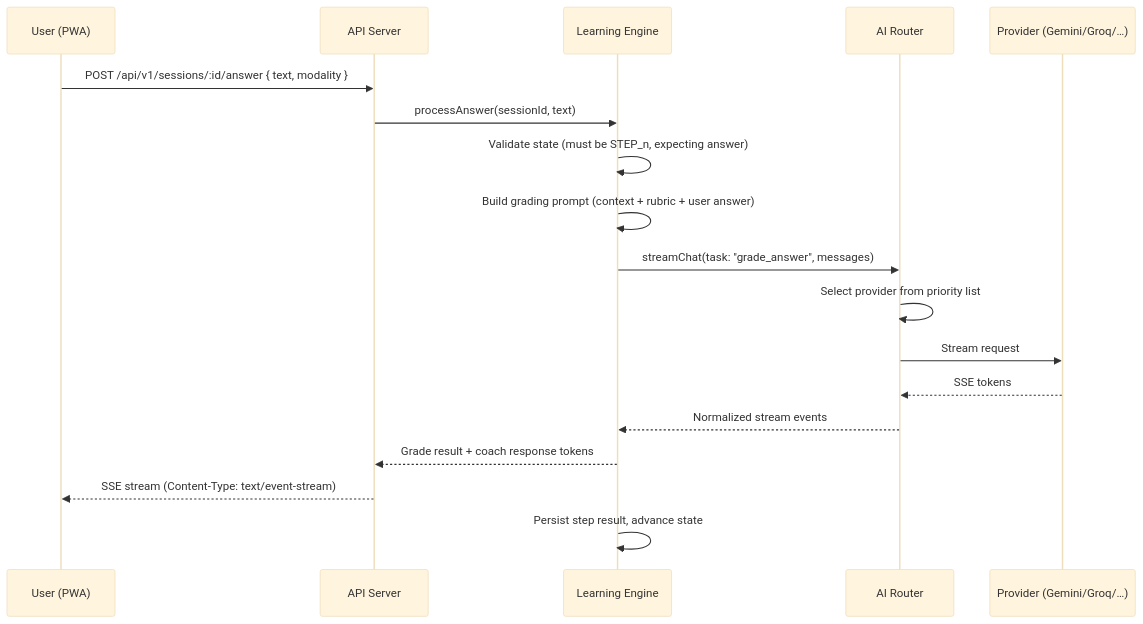
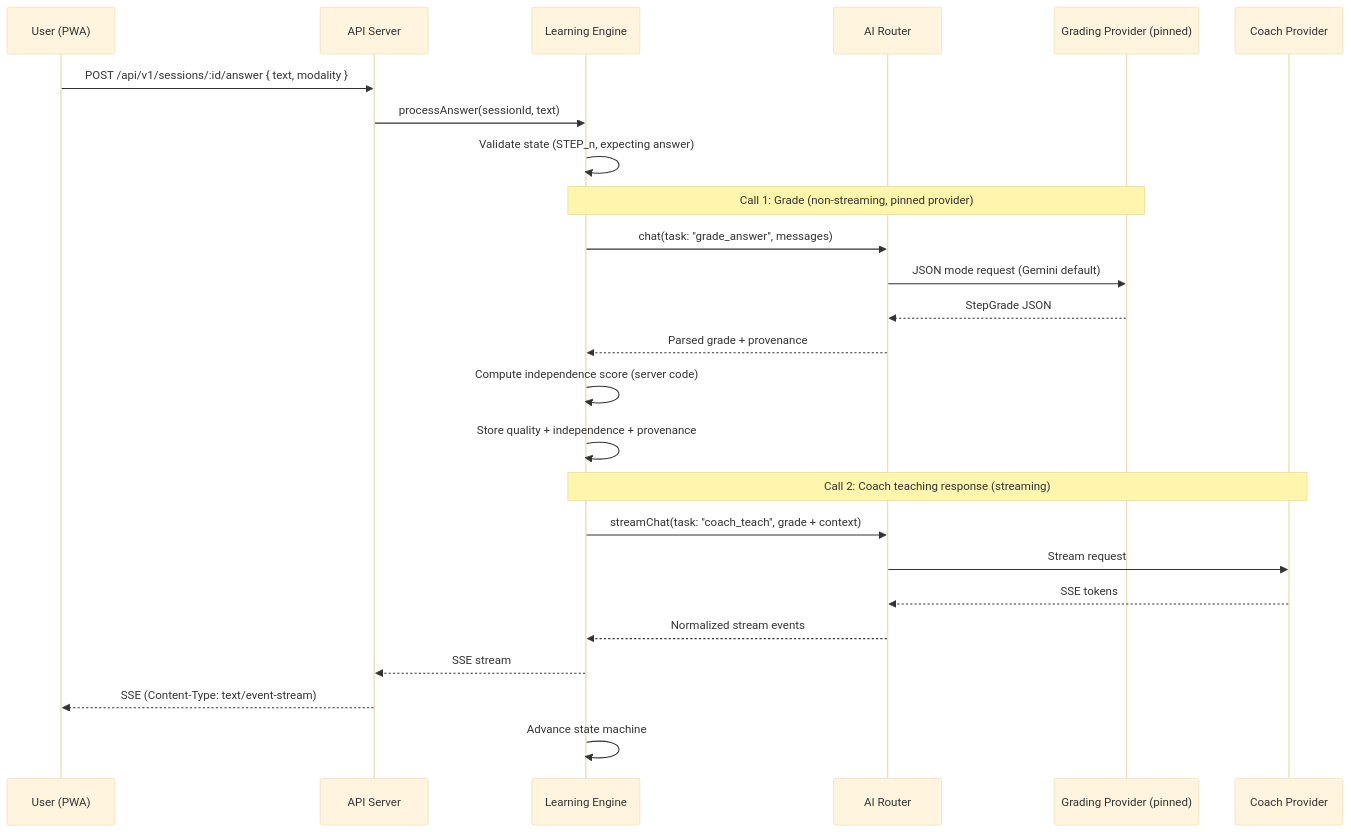
The second of 6 diagrams in docs/ARCHITECTURE.md (zayndotdev/build-mindset), drawn with Mermaid (base theme) before and after one commit. The commit also changed other lines of this file and 10 other files, not shown here.

````diff
--- a/docs/ARCHITECTURE.md
+++ b/docs/ARCHITECTURE.md
@@ -107,21 +107,30 @@
 ```mermaid
 sequenceDiagram
     participant U as User (PWA)
     participant A as API Server
     participant LE as Learning Engine
     participant R as AI Router
-    participant P as Provider (Gemini/Groq/…)
+    participant GP as Grading Provider (pinned)
+    participant CP as Coach Provider
 
     U->>A: POST /api/v1/sessions/:id/answer { text, modality }
     A->>LE: processAnswer(sessionId, text)
-    LE->>LE: Validate state (must be STEP_n, expecting answer)
-    LE->>LE: Build grading prompt (context + rubric + user answer)
-    LE->>R: streamChat(task: "grade_answer", messages)
-    R->>R: Select provider from priority list
-    R->>P: Stream request
-    P-->>R: SSE tokens
+    LE->>LE: Validate state (STEP_n, expecting answer)
+
+    Note over LE,GP: Call 1: Grade (non-streaming, pinned provider)
+    LE->>R: chat(task: "grade_answer", messages)
+    R->>GP: JSON mode request (Gemini default)
+    GP-->>R: StepGrade JSON
+    R-->>LE: Parsed grade + provenance
+    LE->>LE: Compute independence score (server code)
+    LE->>LE: Store quality + independence + provenance
+
+    Note over LE,CP: Call 2: Coach teaching response (streaming)
+    LE->>R: streamChat(task: "coach_teach", grade + context)
+    R->>CP: Stream request
+    CP-->>R: SSE tokens
     R-->>LE: Normalized stream events
-    LE-->>A: Grade result + coach response tokens
-    A-->>U: SSE stream (Content-Type: text/event-stream)
-    LE->>LE: Persist step result, advance state
+    LE-->>A: SSE stream
+    A-->>U: SSE (Content-Type: text/event-stream)
+    LE->>LE: Advance state machine
 ```
````
